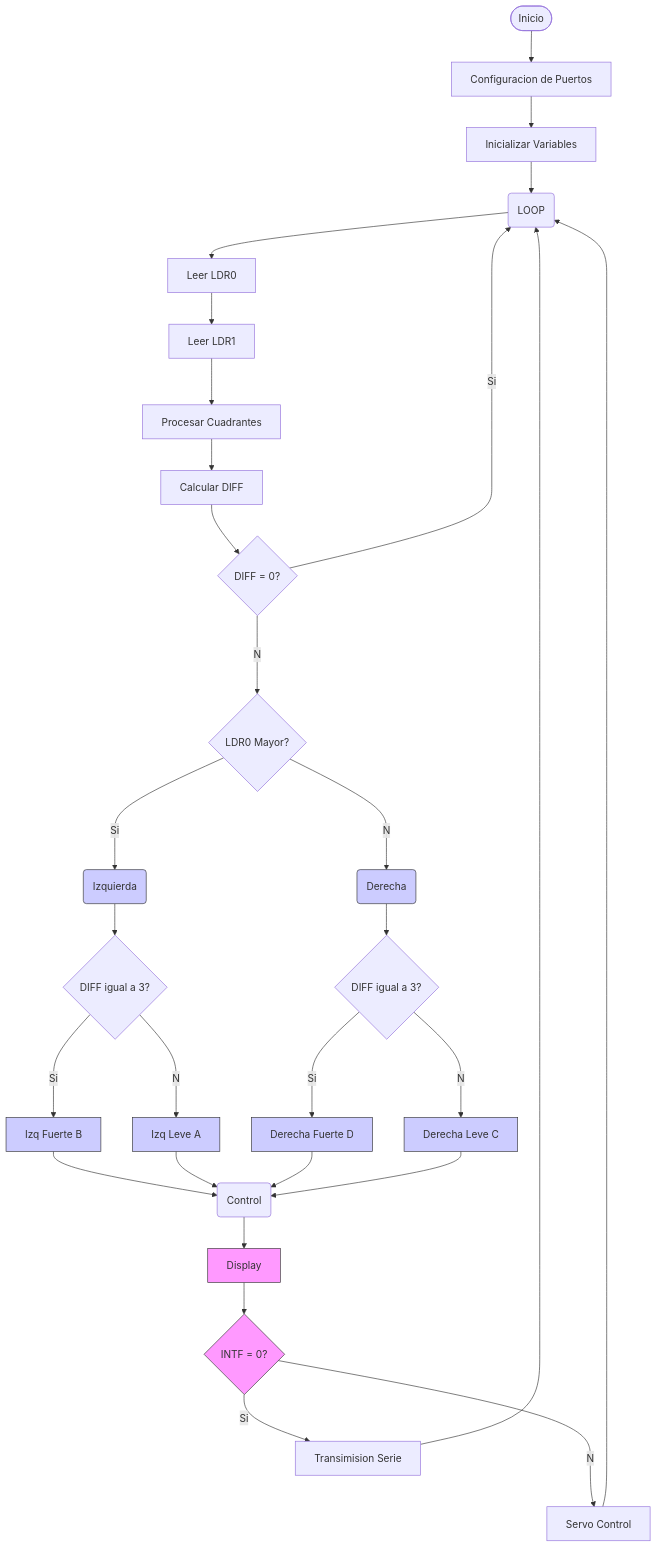
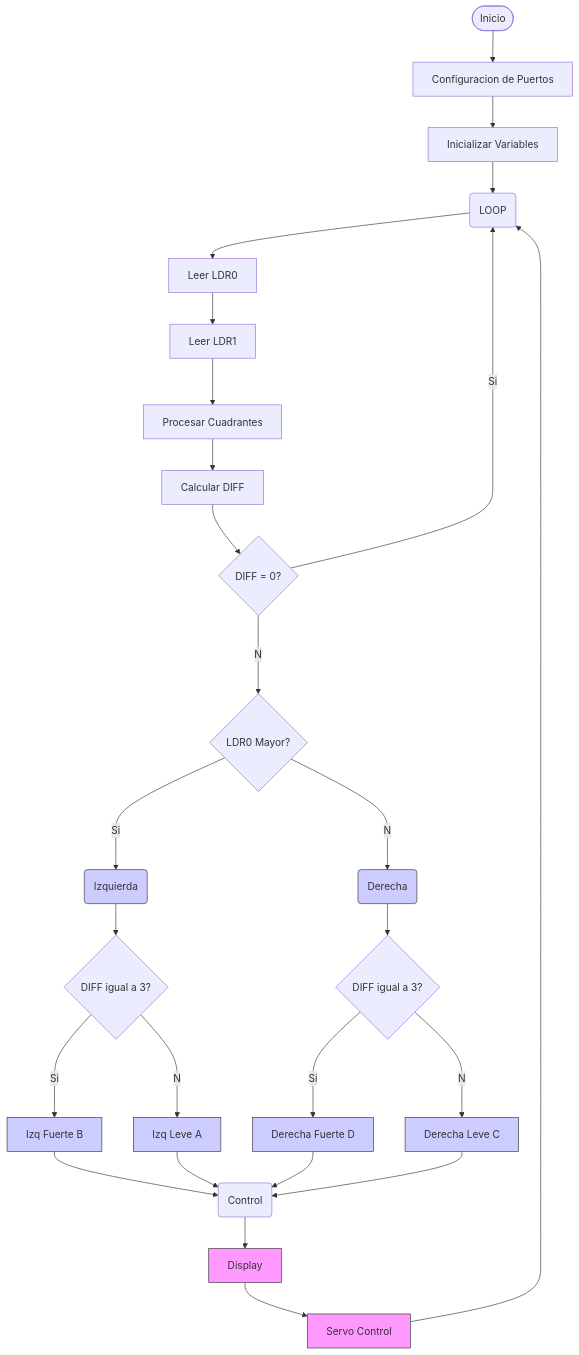
One commit to juan-felipe-castilla/Digital2 changed the diagram in README.md. Above: the diagram before and after it, drawn with Mermaid. The commit also changed other lines of this file, not shown here.

````diff
--- a/README.md
+++ b/README.md
@@ -64,41 +64,37 @@
 ```mermaid 
 flowchart TD
 A([Inicio])-->B[Configuracion de Puertos]
 B-->C[Inicializar Variables]
 C-->D(LOOP)
 D-->E[Leer LDR0]
 E-->F[Leer LDR1]
 F-->I[Procesar Cuadrantes]
 I-->J[Calcular DIFF]
 J-->K{DIFF = 0?}
 K--Si-->D
 K--No-->L{LDR0 Mayor?}
 L--Si-->M(Izquierda)
 L--No-->N(Derecha)
 M-->M1{DIFF igual a 3?}
 M1--Si-->O[Izq Fuerte B]
 M1--No-->P[Izq Leve A]
 N-->N1{DIFF igual a 3?}
 N1--Si-->Q[Derecha Fuerte D]
 N1--No-->R[Derecha Leve C]
 O-->S(Control)
 P-->S
 Q-->S
 R-->S
 S-->T[Display]
-T-->U{INTF = 0?}
-U--Si-->V[Transimision Serie]
-V-->D
-U--No-->W[Servo Control]
-W-->D
-
+T-->U[Servo Control]
+U-->D
 
 style M fill:#ccf,stroke:#333
 style N fill:#ccf,stroke:#333
 style O fill:#ccf,stroke:#333
 style P fill:#ccf,stroke:#333
 style Q fill:#ccf,stroke:#333
 style R fill:#ccf,stroke:#333
 style T fill:#f9f,stroke:#333
 style U fill:#f9f,stroke:#333
 ```
````
